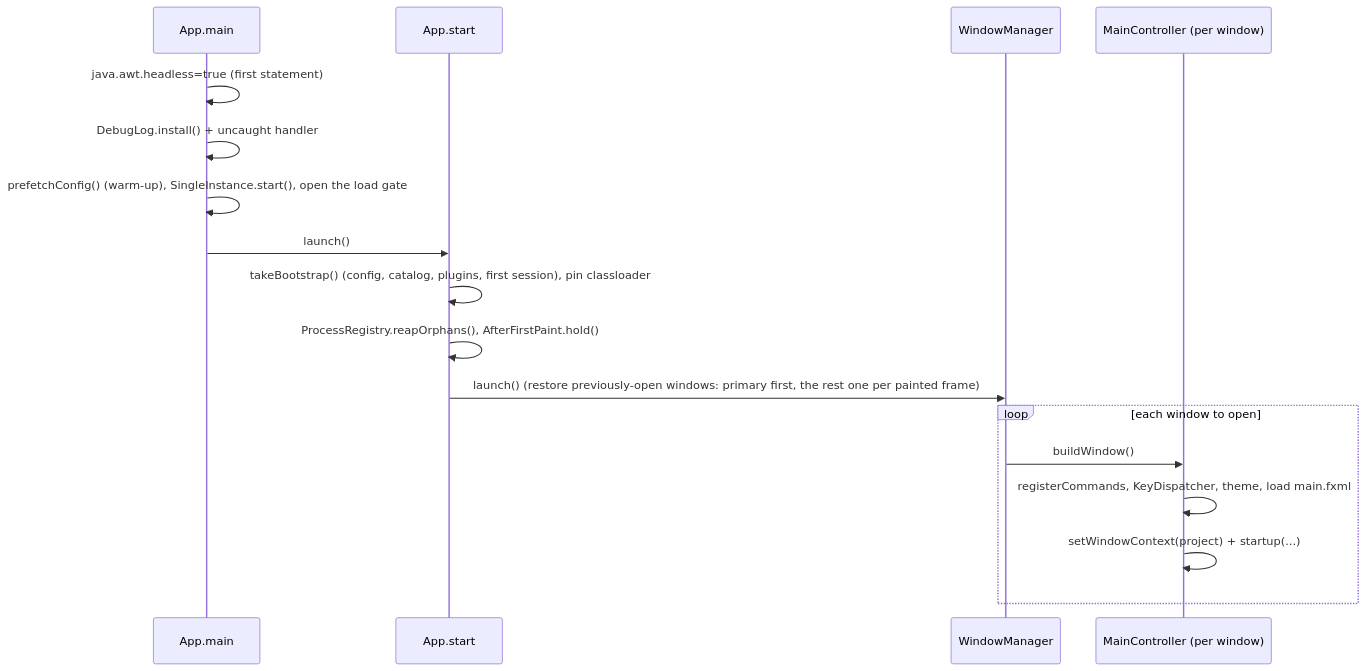
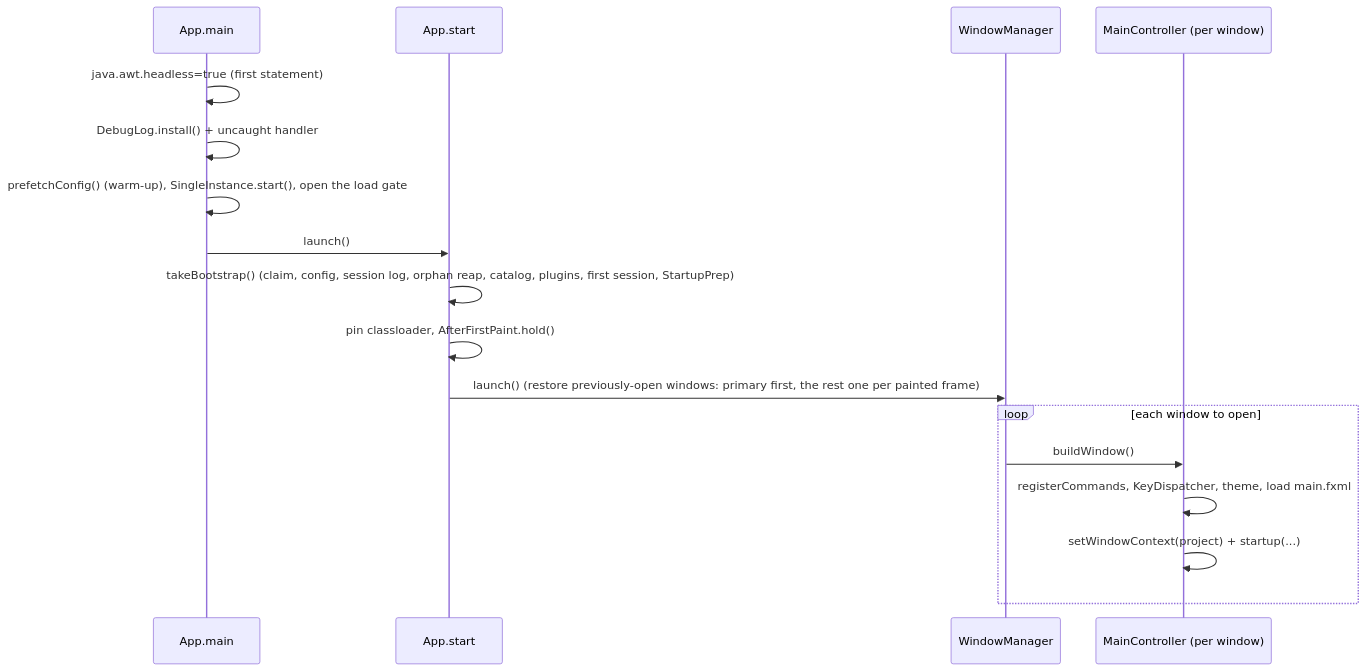
The first of 4 diagrams in docs/architecture.md (adriandeleon/Editora), drawn with Mermaid before and after one commit. The commit also changed 53 other files, not shown here.

````diff
--- a/docs/architecture.md
+++ b/docs/architecture.md
@@ -51,19 +51,19 @@
 ```mermaid
 sequenceDiagram
     participant main as App.main
     participant start as App.start
     participant WM as WindowManager
     participant MC as MainController (per window)
     main->>main: java.awt.headless=true  (first statement)
     main->>main: DebugLog.install() + uncaught handler
     main->>main: prefetchConfig() (warm-up), SingleInstance.start(), open the load gate
     main->>start: launch()
-    start->>start: takeBootstrap() (config, catalog, plugins, first session), pin classloader
-    start->>start: ProcessRegistry.reapOrphans(), AfterFirstPaint.hold()
+    start->>start: takeBootstrap() (claim, config, session log, orphan reap, catalog, plugins, first session, StartupPrep)
+    start->>start: pin classloader, AfterFirstPaint.hold()
     start->>WM: launch()  (restore previously-open windows: primary first, the rest one per painted frame)
     loop each window to open
         WM->>MC: buildWindow()
         MC->>MC: registerCommands, KeyDispatcher, theme, load main.fxml
         MC->>MC: setWindowContext(project) + startup(...)
     end
 ```
````
